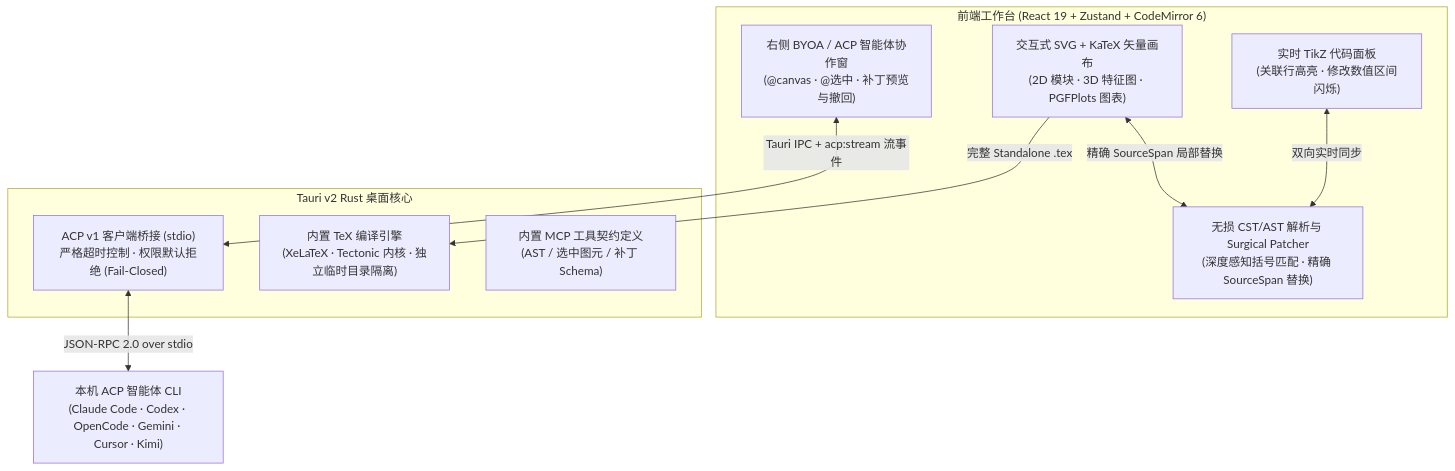
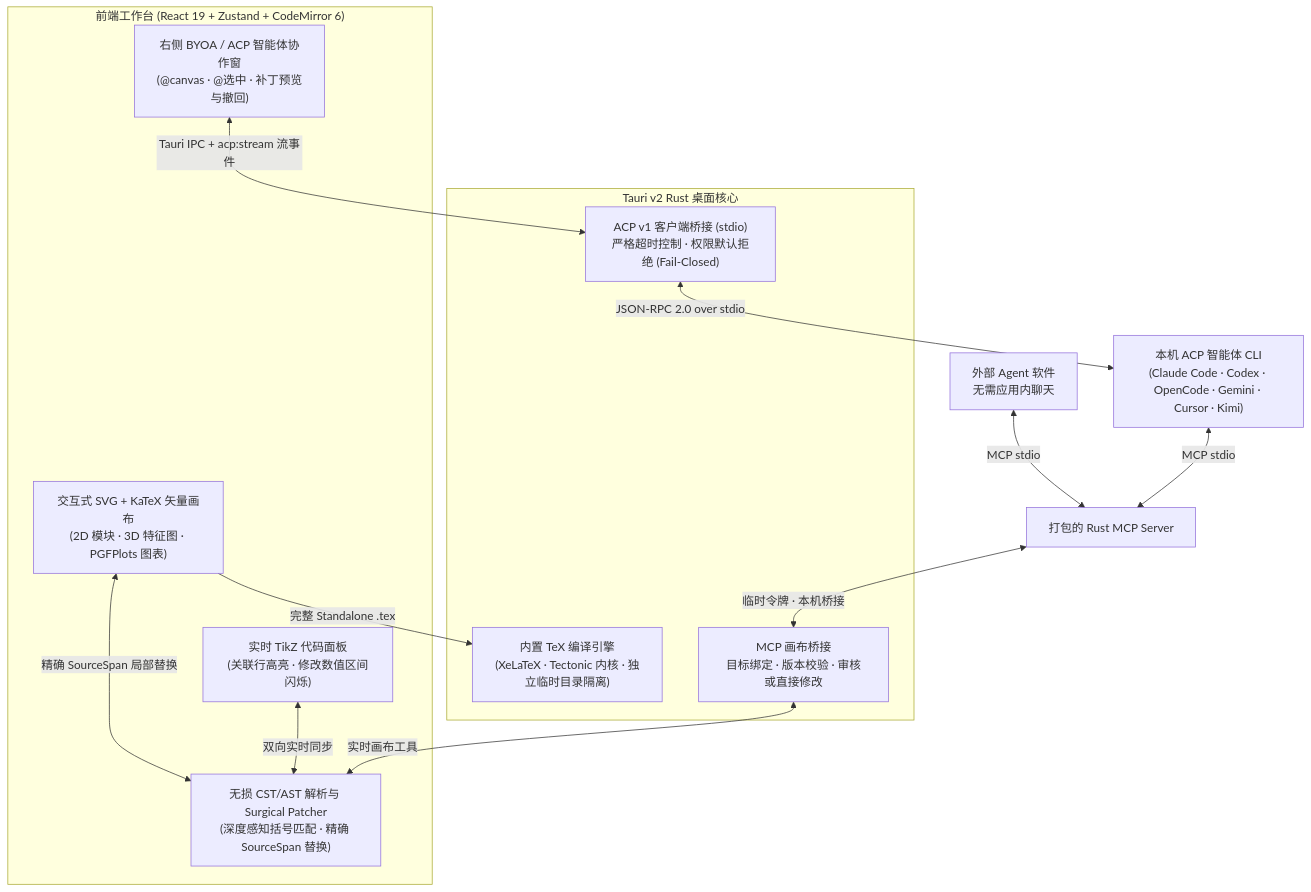
One commit to jhxxr/AgenTikZ changed the diagram in README.zh-CN.md. Above: the diagram before and after it, drawn with Mermaid. The commit also changed other lines of this file and 29 other files, not shown here.

Commit message:
feat: release v0.9.0 with external MCP drawing control

````diff
--- a/README.zh-CN.md
+++ b/README.zh-CN.md
@@ -91,21 +93,25 @@
 ```mermaid
 flowchart TB
     subgraph Frontend["前端工作台 (React 19 + Zustand + CodeMirror 6)"]
         Canvas["交互式 SVG + KaTeX 矢量画布\n(2D 模块 · 3D 特征图 · PGFPlots 图表)"]
         Editor["实时 TikZ 代码面板\n(关联行高亮 · 修改数值区间闪烁)"]
         Parser["无损 CST/AST 解析与 Surgical Patcher\n(深度感知括号匹配 · 精确 SourceSpan 替换)"]
         AgentUI["右侧 BYOA / ACP 智能体协作窗\n(@canvas · @选中 · 补丁预览与撤回)"]
     end
 
     subgraph Backend["Tauri v2 Rust 桌面核心"]
         AcpBridge["ACP v1 客户端桥接 (stdio)\n严格超时控制 · 权限默认拒绝 (Fail-Closed)"]
         TexEngine["内置 TeX 编译引擎\n(XeLaTeX · Tectonic 内核 · 独立临时目录隔离)"]
-        McpManifest["内置 MCP 工具契约定义\n(AST / 选中图元 / 补丁 Schema)"]
+        McpManifest["MCP 画布桥接\n目标绑定 · 版本校验 · 审核或直接修改"]
     end
 
     Canvas <-->|"精确 SourceSpan 局部替换"| Parser
     Editor <-->|"双向实时同步"| Parser
     AgentUI <-->|"Tauri IPC + acp:stream 流事件"| AcpBridge
     Canvas -->|"完整 Standalone .tex"| TexEngine
     AcpBridge <-->|"JSON-RPC 2.0 over stdio"| LocalAgents["本机 ACP 智能体 CLI\n(Claude Code · Codex · OpenCode · Gemini · Cursor · Kimi)"]
+    ExternalAgent["外部 Agent 软件\n无需应用内聊天"] <-->|"MCP stdio"| McpSidecar["打包的 Rust MCP Server"]
+    LocalAgents <-->|"MCP stdio"| McpSidecar
+    McpSidecar <-->|"临时令牌 · 本机桥接"| McpManifest
+    McpManifest <-->|"实时画布工具"| Parser
 ```
````
